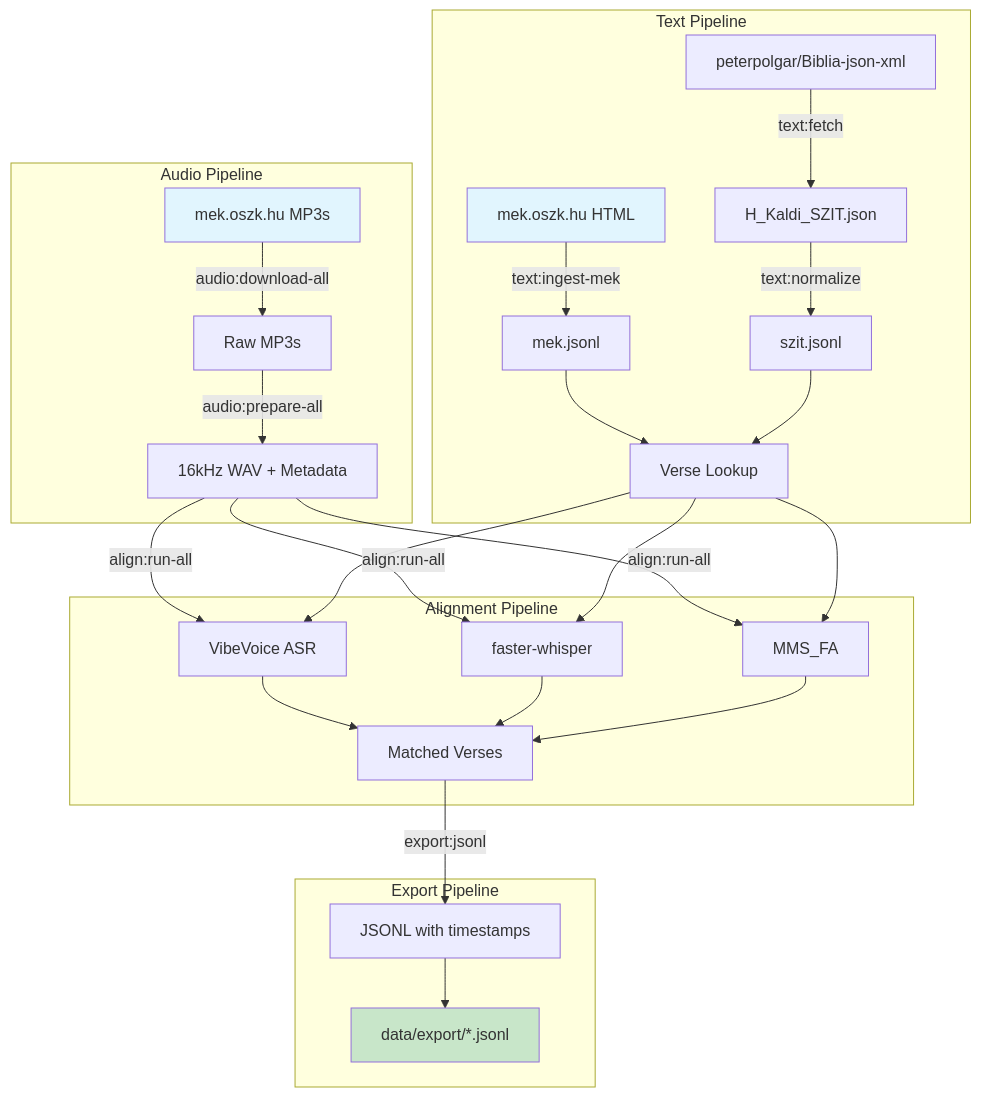
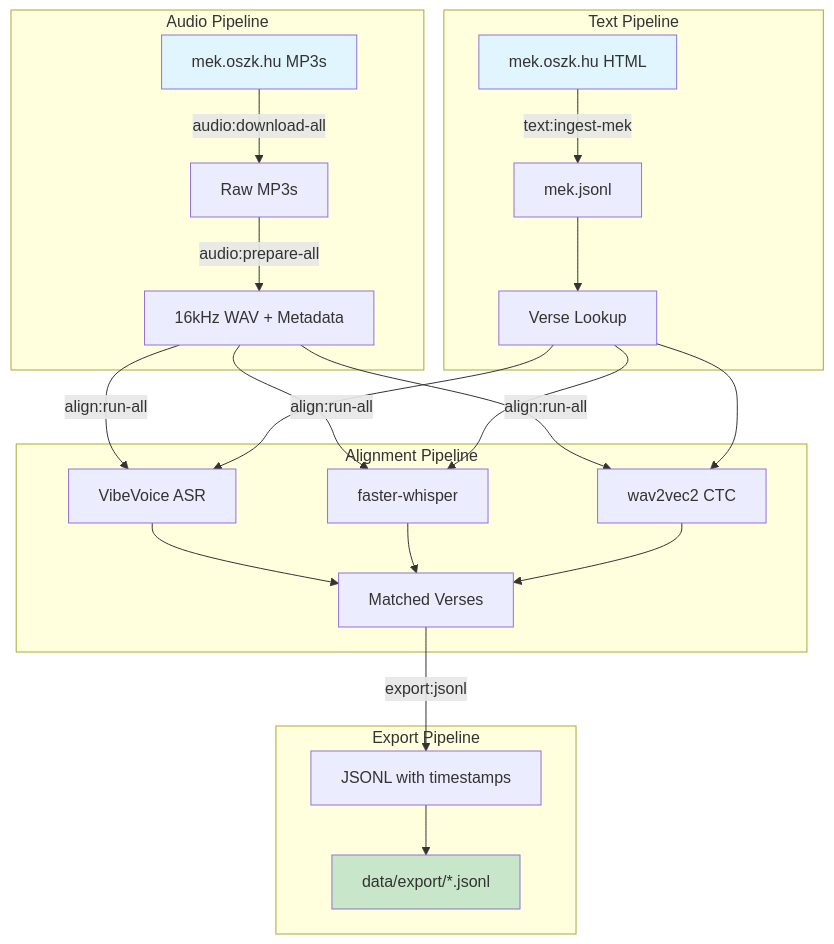
The diagram in README.md (oroszgy/biblia-vox), drawn with Mermaid before and after one commit. The commit also changed other lines of this file and 1 other file, not shown here.

First line of the commit message:
docs: update for MEK-only pipeline with experimental SZIT

````diff
--- a/README.md
+++ b/README.md
@@ -18,36 +18,33 @@
 ```mermaid
 graph TB
     subgraph "Text Pipeline"
         T1[mek.oszk.hu HTML] -->|text:ingest-mek| T2[mek.jsonl]
-        T3[peterpolgar/Biblia-json-xml] -->|text:fetch| T4[H_Kaldi_SZIT.json]
-        T4 -->|text:normalize| T5[szit.jsonl]
         T2 --> T6[Verse Lookup]
-        T5 --> T6
     end
 
     subgraph "Audio Pipeline"
         A1[mek.oszk.hu MP3s] -->|audio:download-all| A2[Raw MP3s]
         A2 -->|audio:prepare-all| A3[16kHz WAV + Metadata]
     end
 
     subgraph "Alignment Pipeline"
         A3 -->|align:run-all| AL1[VibeVoice ASR]
         A3 -->|align:run-all| AL2[faster-whisper]
-        A3 -->|align:run-all| AL3[MMS_FA]
+        A3 -->|align:run-all| AL3[wav2vec2 CTC]
         T6 --> AL1
         T6 --> AL2
         T6 --> AL3
         AL1 --> AL4[Matched Verses]
         AL2 --> AL4
         AL3 --> AL4
     end
 
     subgraph "Export Pipeline"
         AL4 -->|export:jsonl| E1[JSONL with timestamps]
         E1 --> E2[data/export/*.jsonl]
     end
 
     style T1 fill:#e1f5fe
     style A1 fill:#e1f5fe
     style E2 fill:#c8e6c9
 ```
````
